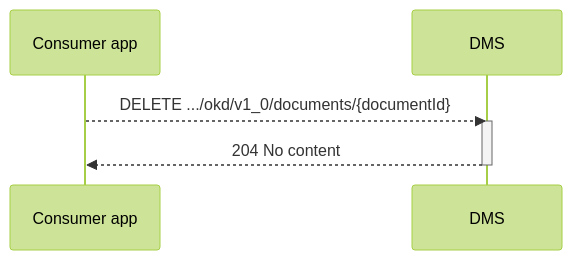
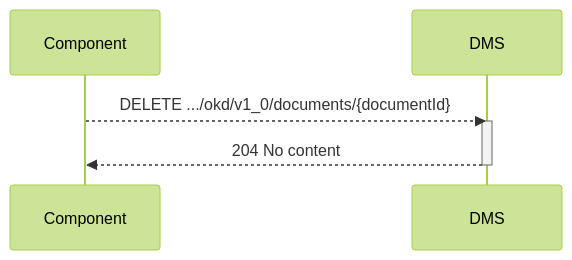
The diagram in doc/flow-z.md (Onderwijs-Koppelingen-OKx/OKD-Document-Management), drawn with Mermaid (forest theme) before and after one commit. The commit also changed other lines of this file and 10 other files, not shown here.

Commit message:
Documentation update, flow details, authentication

````diff
--- a/doc/flow-z.md
+++ b/doc/flow-z.md
@@ -34,9 +28,9 @@
 ```mermaid
 sequenceDiagram
-    participant Consumer app
+    participant Component
     participant DMS
-    Consumer app-->>DMS: DELETE .../okd/v1_0/documents/{documentId}
+    Component-->>DMS: DELETE .../okd/v1_0/documents/{documentId}
     activate DMS
-    DMS-->>Consumer app: 204 No content
+    DMS-->>Component: 204 No content
     deactivate DMS
 ```
````
